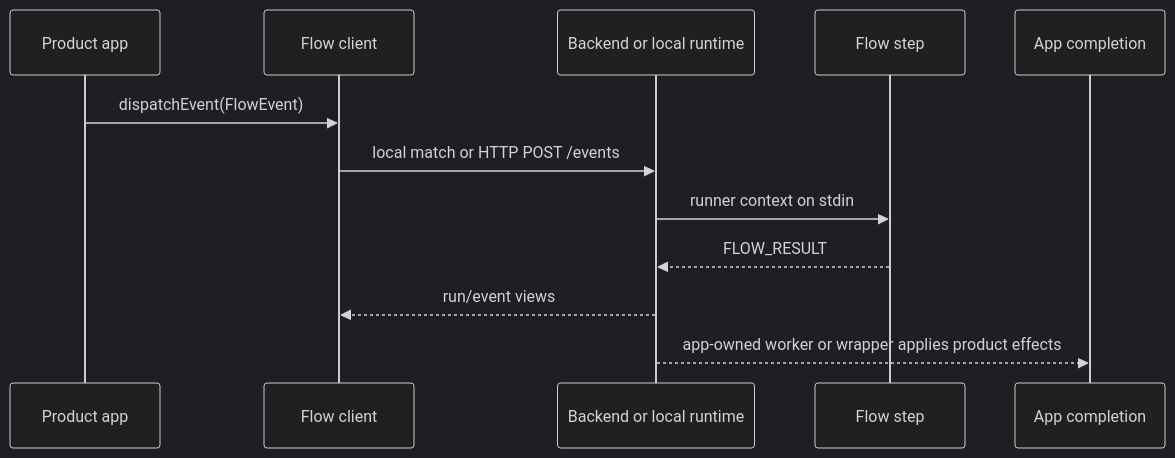
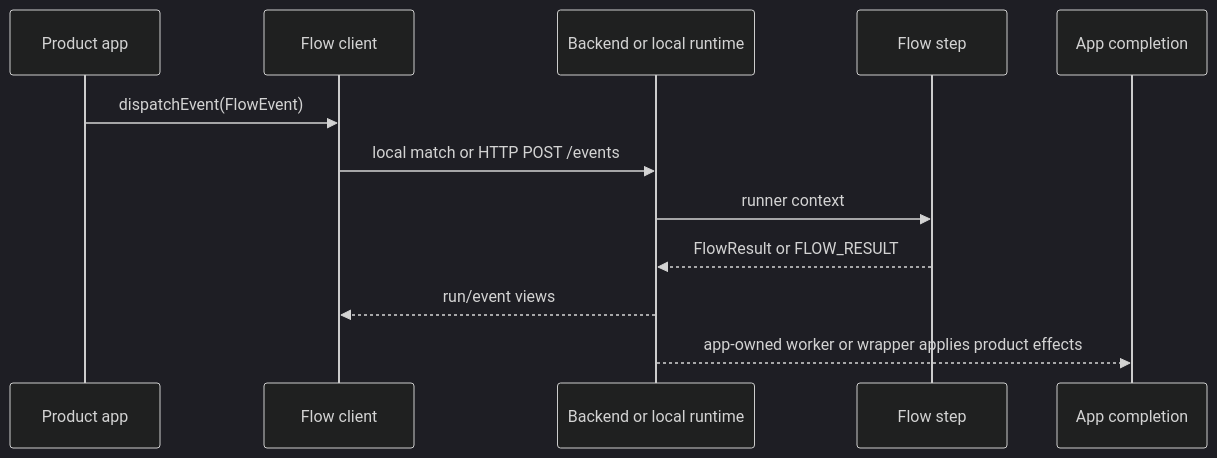
The diagram in docs/pages/concepts/architecture.md (peezy-tech/codex-toys), drawn with Mermaid (dark theme) before and after one commit. The commit also changed 31 other files, not shown here.

Commit message:
Add module-style Bun flows and release 0.4.0

````diff
--- a/docs/pages/concepts/architecture.md
+++ b/docs/pages/concepts/architecture.md
@@ -10,15 +10,15 @@
 ```mermaid
 sequenceDiagram
   participant App as Product app
   participant Client as Flow client
   participant Backend as Backend or local runtime
   participant Step as Flow step
   participant Domain as App completion
 
   App->>Client: dispatchEvent(FlowEvent)
   Client->>Backend: local match or HTTP POST /events
-  Backend->>Step: runner context on stdin
-  Step-->>Backend: FLOW_RESULT
+  Backend->>Step: runner context
+  Step-->>Backend: FlowResult or FLOW_RESULT
   Backend-->>Client: run/event views
   Backend-->>Domain: app-owned worker or wrapper applies product effects
 ```
````
